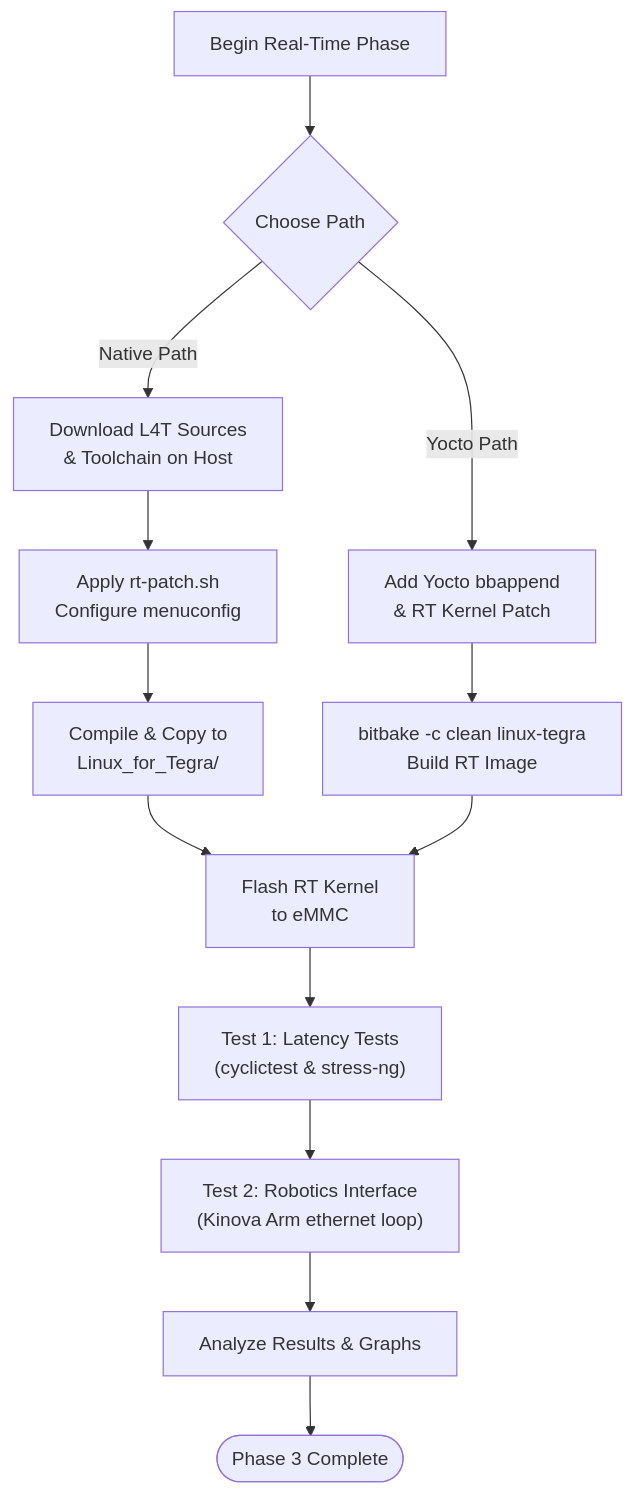
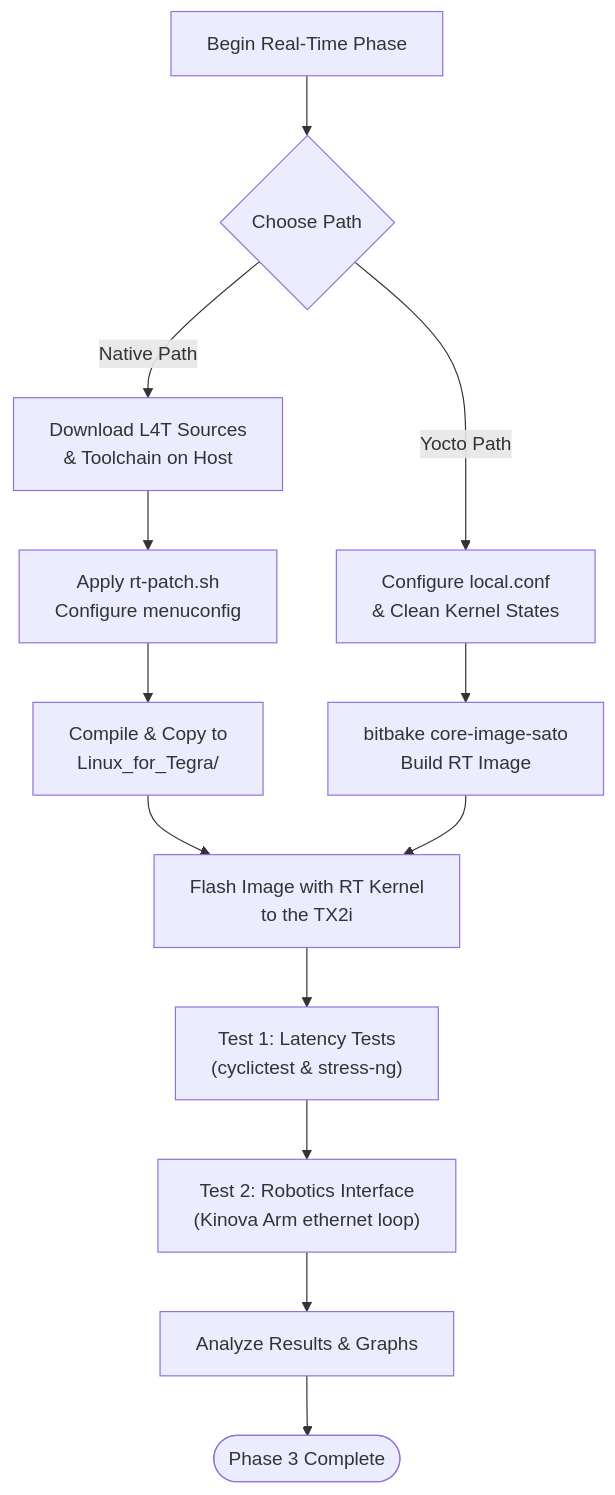
Before and after one commit to ajaymrk95/yocto-project-build-docs: the diagram in docs/phase3/index.md, drawn with Mermaid. The commit also changed other lines of this file and 24 other files, not shown here.

````diff
--- a/docs/phase3/index.md
+++ b/docs/phase3/index.md
@@ -65,19 +55,19 @@
 ```mermaid
 flowchart TD
     A["Begin Real-Time Phase"] --> B{"Choose Path"}
     
     B -->|"Native Path"| C["Download L4T Sources\n& Toolchain on Host"]
     C --> D["Apply rt-patch.sh\nConfigure menuconfig"]
     D --> E["Compile & Copy to\nLinux_for_Tegra/"]
     
-    B -->|"Yocto Path"| F["Add Yocto bbappend\n& RT Kernel Patch"]
-    F --> G["bitbake -c clean linux-tegra\nBuild RT Image"]
+    B -->|"Yocto Path"| F["Configure local.conf\n& Clean Kernel States"]
+    F --> G["bitbake core-image-sato\nBuild RT Image"]
     
-    E --> H["Flash RT Kernel\nto eMMC"]
+    E --> H["Flash Image with RT Kernel\nto the TX2i"]
     G --> H
     
     H --> I["Test 1: Latency Tests\n(cyclictest & stress-ng)"]
     I --> J["Test 2: Robotics Interface\n(Kinova Arm ethernet loop)"]
     J --> K["Analyze Results & Graphs"]
     K --> L(["Phase 3 Complete"])
 ```
````
